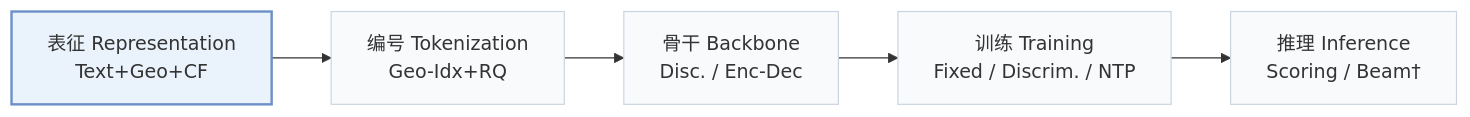
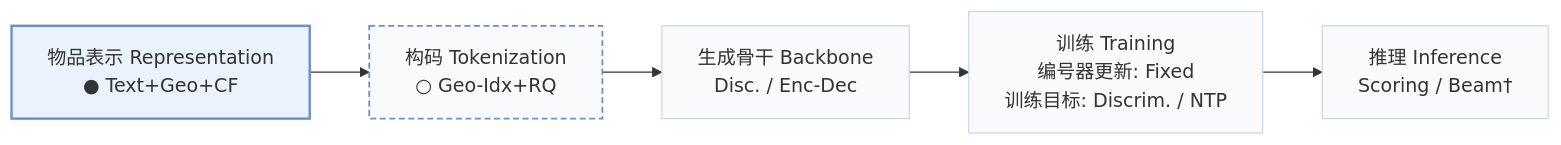
One commit to Galaxy-ghost/Awesome-SID-Generative-Rec changed the first of 3 diagrams in pages/zh/papers/lgsid.md. Above: the diagram before and after it, drawn with Mermaid. The commit also changed other lines of this file and 558 other files, not shown here.

````diff
--- a/pages/zh/papers/lgsid.md
+++ b/pages/zh/papers/lgsid.md
@@ -15,8 +18,10 @@
 ```mermaid
 flowchart LR
-    R["表征 Representation<br/>Text+Geo+CF"] --> T["编号 Tokenization<br/>Geo-Idx+RQ"] --> B["骨干 Backbone<br/>Disc. / Enc-Dec"] --> TR["训练 Training<br/>Fixed / Discrim. / NTP"] --> I["推理 Inference<br/>Scoring / Beam†"]
+    R["物品表示 Representation<br/>● Text+Geo+CF"] --> T["构码 Tokenization<br/>○ Geo-Idx+RQ"] --> B["生成骨干 Backbone<br/>Disc. / Enc-Dec"] --> TR["训练 Training<br/>编号器更新: Fixed<br/>训练目标: Discrim. / NTP"] --> I["推理 Inference<br/>Scoring / Beam†"]
     classDef base fill:#f8fafc,stroke:#cbd5e1
     class R,T,B,TR,I base
+    classDef other fill:#f8fafc,stroke:#6b8fc7,stroke-width:1.5px,stroke-dasharray:5 3
+    class T other
     classDef main fill:#eaf2fb,stroke:#6b8fc7,stroke-width:2px
     class R main
 ```
````
